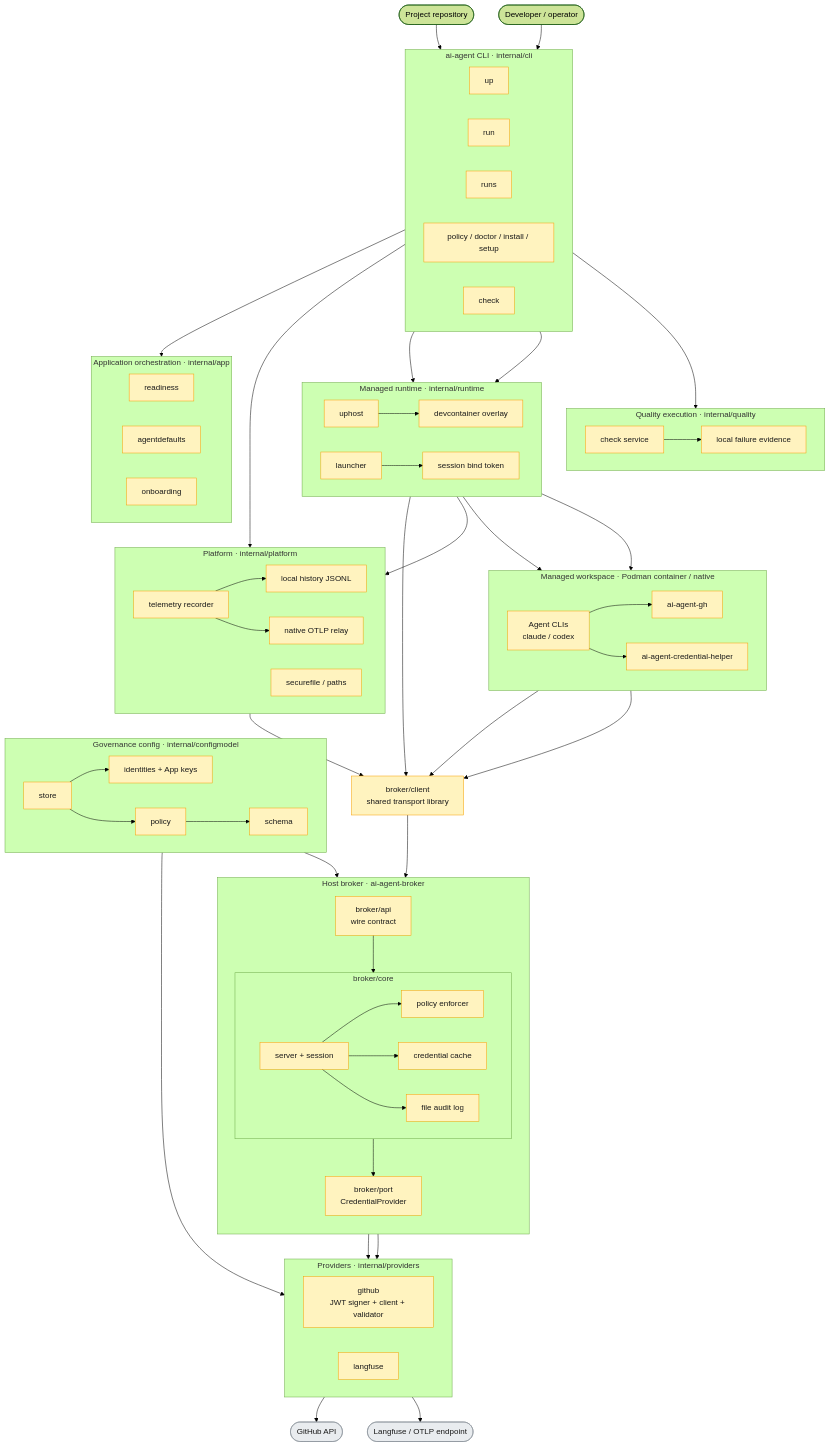
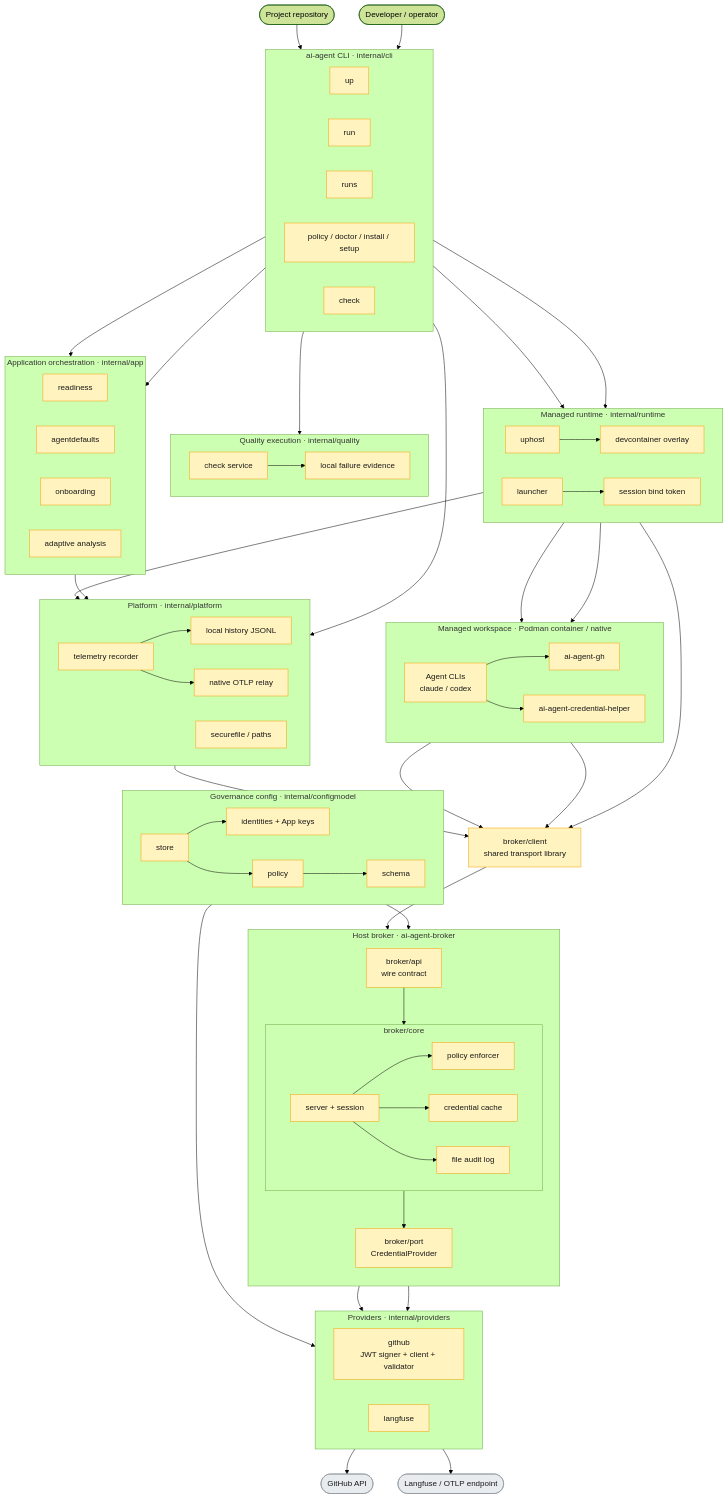
One commit to maryzam/ai-crew-localdev changed the first of 2 diagrams in docs/current-north-star-architecture.md. Above: the diagram before and after it, drawn with Mermaid (forest theme). The commit also changed other lines of this file and 16 other files, not shown here.

````diff
--- a/docs/current-north-star-architecture.md
+++ b/docs/current-north-star-architecture.md
@@ -31,6 +31,7 @@
         Readiness[readiness]
         AgentDefaults[agentdefaults]
         Onboarding[onboarding]
+        Adaptive[adaptive analysis]
     end
 
     subgraph Quality[Quality execution · internal/quality]
@@ -102,6 +103,8 @@
     Launcher --> BClient
     Launcher --> SessionBind
     Launcher --> Telemetry
+    RunsCmd --> Adaptive
+    Adaptive --> LocalSink
     SessionBind --> Workspace
     CheckCmd --> CheckSvc
     CheckSvc --> Evidence
@@ -135,6 +138,6 @@
 
     classDef bin fill:#fff3bf,stroke:#f59f00,color:#1a1a1a
     classDef ext fill:#e9ecef,stroke:#868e96,color:#1a1a1a
-    class UpCmd,RunCmd,RunsCmd,GovCmds,CheckCmd,Readiness,AgentDefaults,Onboarding,CheckSvc,Evidence,UpHost,Launcher,Devcontainer,SessionBind,Agents,GhShim,CredHelper,BClient,BAPI,Server,PolicyEnforce,Cache,Audit,Port,GitHub,Langfuse,Store,Identity,Policy,Schema,Telemetry,LocalSink,OTLPSink,SecureFile bin
+    class UpCmd,RunCmd,RunsCmd,GovCmds,CheckCmd,Readiness,AgentDefaults,Onboarding,Adaptive,CheckSvc,Evidence,UpHost,Launcher,Devcontainer,SessionBind,Agents,GhShim,CredHelper,BClient,BAPI,Server,PolicyEnforce,Cache,Audit,Port,GitHub,Langfuse,Store,Identity,Policy,Schema,Telemetry,LocalSink,OTLPSink,SecureFile bin
     class ExtGitHub,ExtLF ext
 ```
````
